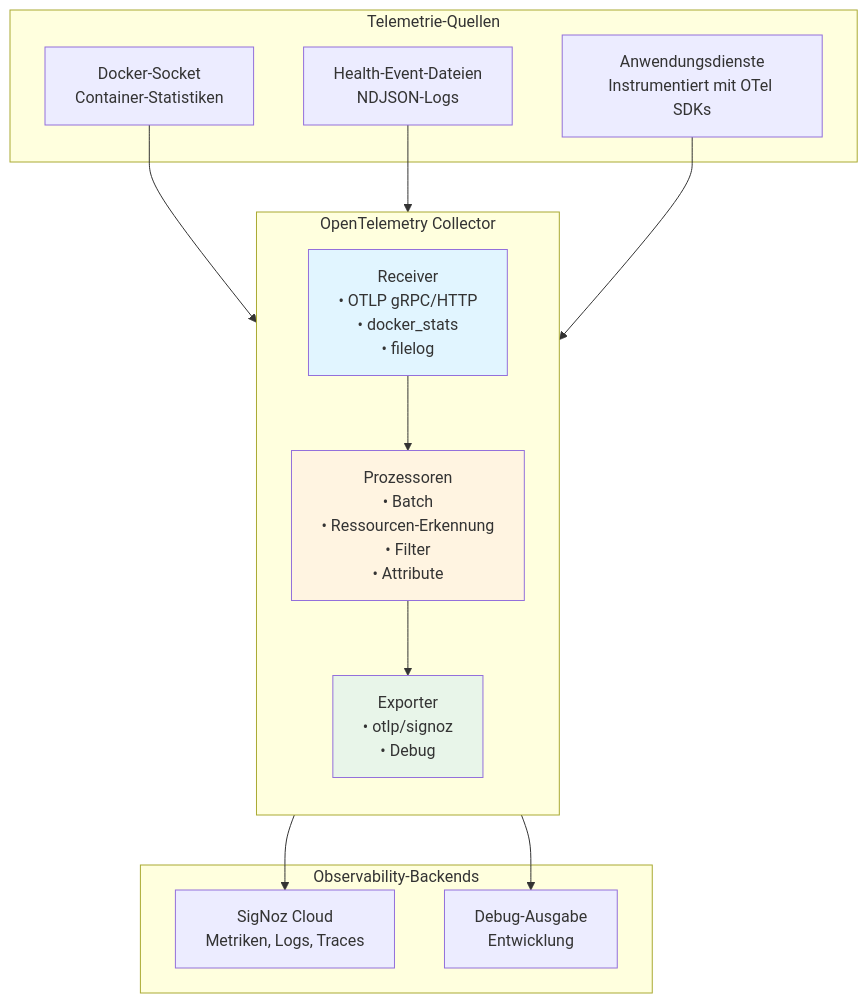
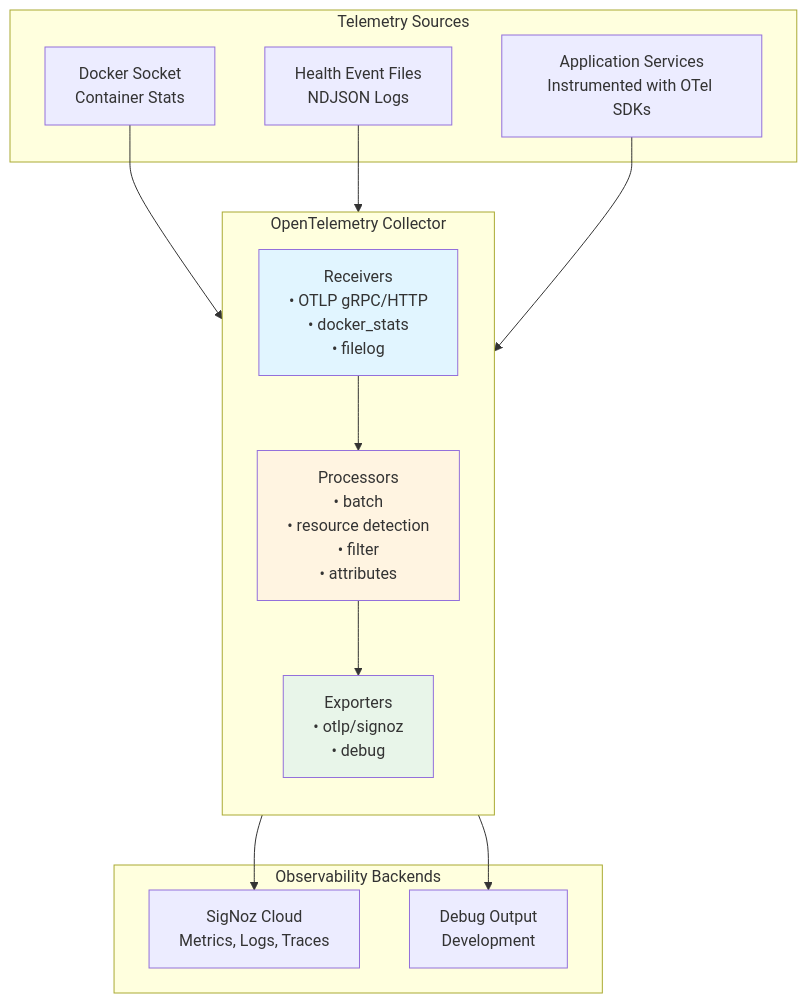
The second of 2 diagrams in aihub_doc/docs/2_platform/12_auditing/2_low_level_traces/index.de.md (bbvch-ai/aihub-core), drawn with Mermaid before and after one commit. The commit also changed other lines of this file and 77 other files, not shown here.

````diff
--- a/aihub_doc/docs/2_platform/12_auditing/2_low_level_traces/index.de.md
+++ b/aihub_doc/docs/2_platform/12_auditing/2_low_level_traces/index.de.md
@@ -441,34 +444,34 @@
 ```mermaid
 graph TB
-    subgraph Sources["Telemetrie-Quellen"]
-        Docker[Docker-Socket<br/>Container-Statistiken]
-        HealthFiles[Health-Event-Dateien<br/>NDJSON-Logs]
-        Apps[Anwendungsdienste<br/>Instrumentiert mit OTel SDKs]
+    subgraph Sources["Telemetry Sources"]
+        Docker[Docker Socket<br/>Container Stats]
+        HealthFiles[Health Event Files<br/>NDJSON Logs]
+        Apps[Application Services<br/>Instrumented with OTel SDKs]
     end
 
     subgraph Collector["OpenTelemetry Collector"]
         direction TB
-        Recv[Receiver<br/>• OTLP gRPC/HTTP<br/>• docker_stats<br/>• filelog]
-        Proc[Prozessoren<br/>• Batch<br/>• Ressourcen-Erkennung<br/>• Filter<br/>• Attribute]
-        Exp[Exporter<br/>• otlp/signoz<br/>• Debug]
+        Recv[Receivers<br/>• OTLP gRPC/HTTP<br/>• docker_stats<br/>• filelog]
+        Proc[Processors<br/>• batch<br/>• resource detection<br/>• filter<br/>• attributes]
+        Exp[Exporters<br/>• otlp/signoz<br/>• debug]
     end
 
-    subgraph Backends["Observability-Backends"]
-        SigNoz[SigNoz Cloud<br/>Metriken, Logs, Traces]
-        Debug[Debug-Ausgabe<br/>Entwicklung]
+    subgraph Backends["Observability Backends"]
+        SigNoz[SigNoz Cloud<br/>Metrics, Logs, Traces]
+        Debug[Debug Output<br/>Development]
     end
 
     Docker --> Recv
     HealthFiles --> Recv
     Apps --> Recv
 
     Recv --> Proc
     Proc --> Exp
 
     Exp --> SigNoz
     Exp --> Debug
 
     style Recv fill:#e1f5ff
     style Proc fill:#fff4e1
     style Exp fill:#e8f5e9
 ```
````
